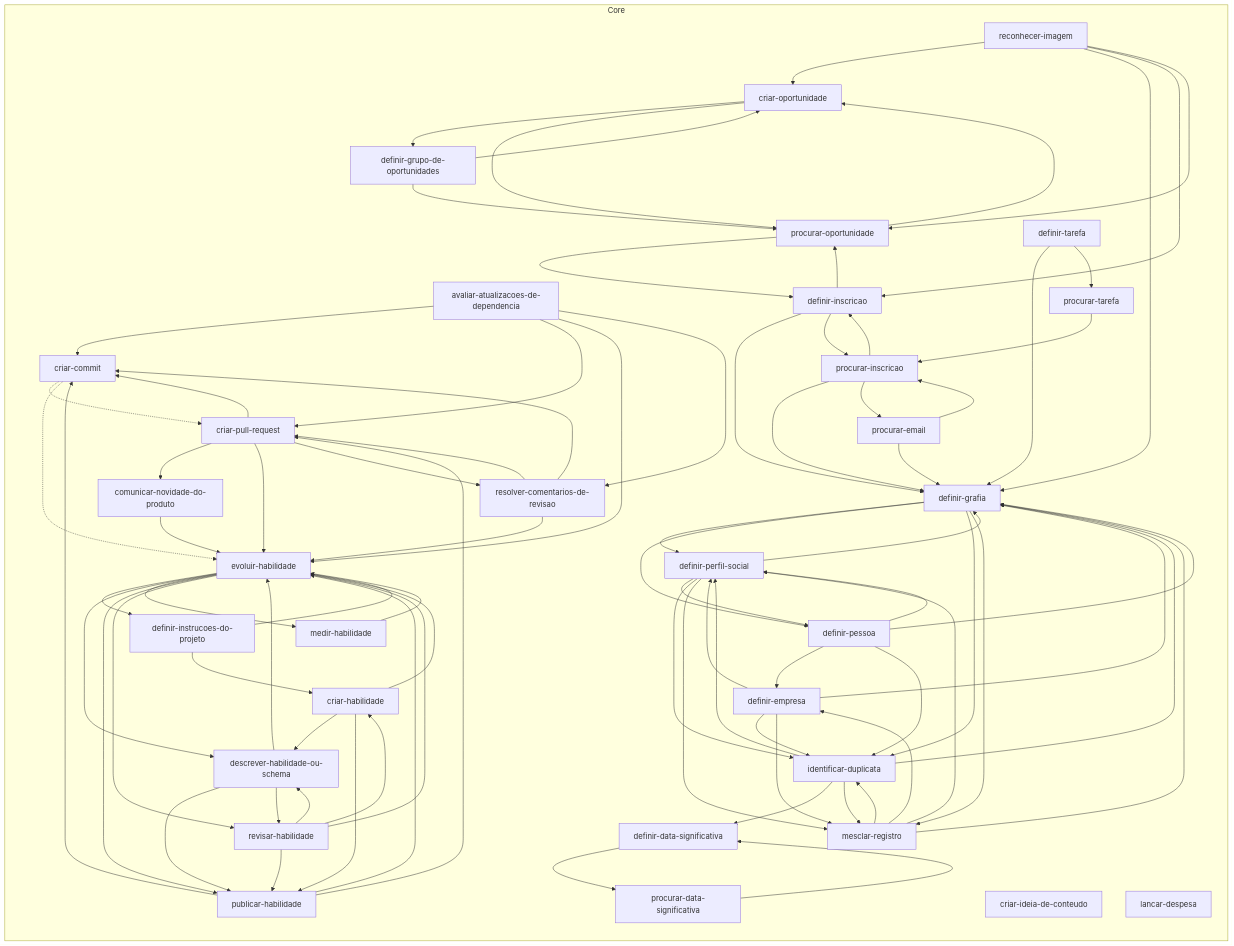
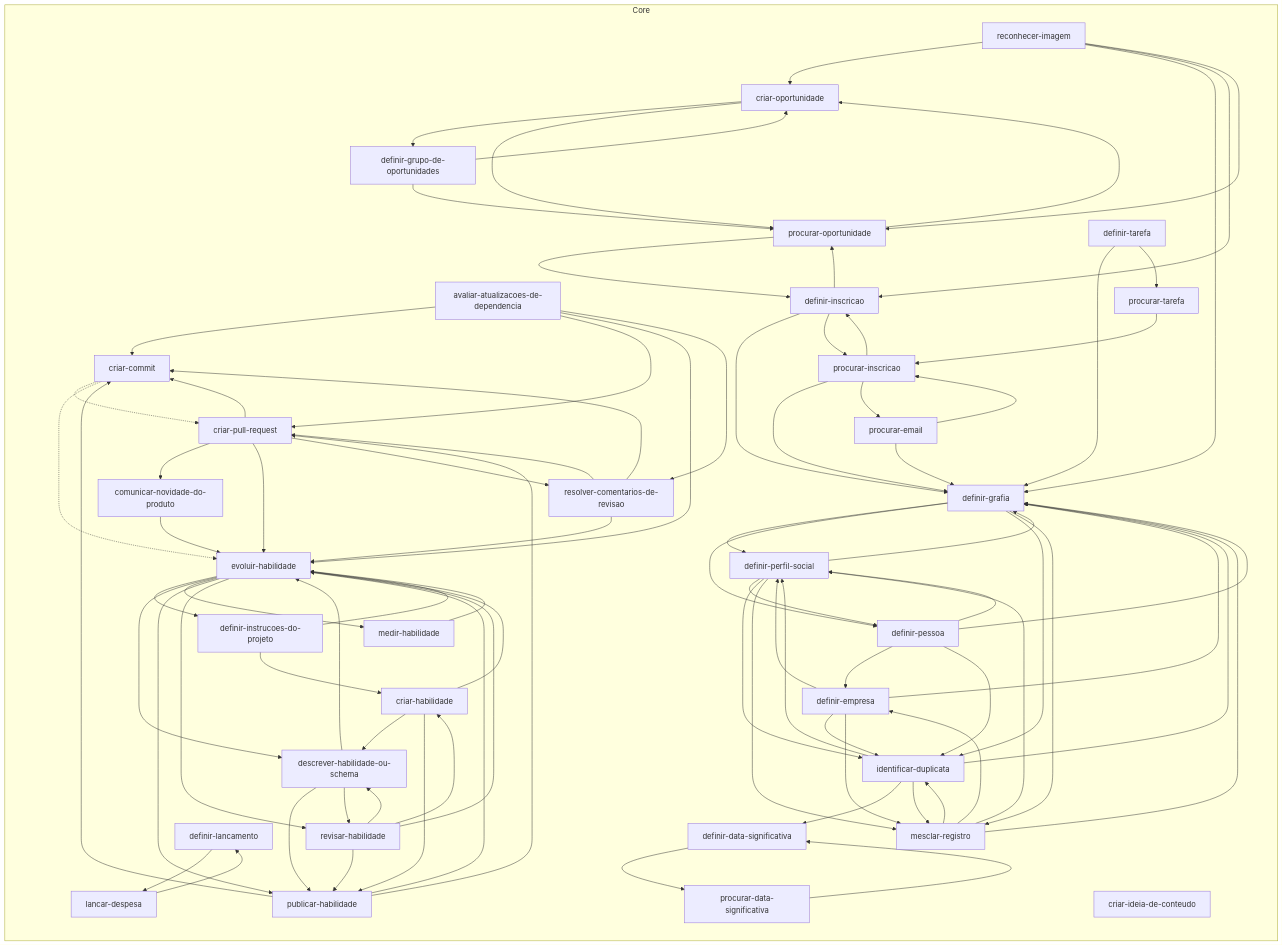
One commit to jimmyandrade/harness changed the diagram in .agents/skills/README.md. Above: the diagram before and after it, drawn with Mermaid. The commit also changed 5 other files, not shown here.

First line of the commit message:
feat(definir-lancamento): move the skill to the core

```diff
--- a/.agents/skills/README.md
+++ b/.agents/skills/README.md
@@ -24,6 +24,7 @@
     definir_grupo_de_oportunidades["definir-grupo-de-oportunidades"]
     definir_inscricao["definir-inscricao"]
     definir_instrucoes_do_projeto["definir-instrucoes-do-projeto"]
+    definir_lancamento["definir-lancamento"]
     definir_perfil_social["definir-perfil-social"]
     definir_pessoa["definir-pessoa"]
     definir_tarefa["definir-tarefa"]
@@ -75,6 +76,7 @@
   definir_inscricao --> procurar_oportunidade
   definir_instrucoes_do_projeto --> criar_habilidade
   definir_instrucoes_do_projeto --> evoluir_habilidade
+  definir_lancamento --> lancar_despesa
   definir_perfil_social --> definir_grafia
   definir_perfil_social --> definir_pessoa
   definir_perfil_social --> identificar_duplicata
@@ -97,6 +99,7 @@
   identificar_duplicata --> definir_grafia
   identificar_duplicata --> definir_perfil_social
   identificar_duplicata --> mesclar_registro
+  lancar_despesa --> definir_lancamento
   medir_habilidade --> evoluir_habilidade
   mesclar_registro --> definir_empresa
   mesclar_registro --> definir_grafia
```
